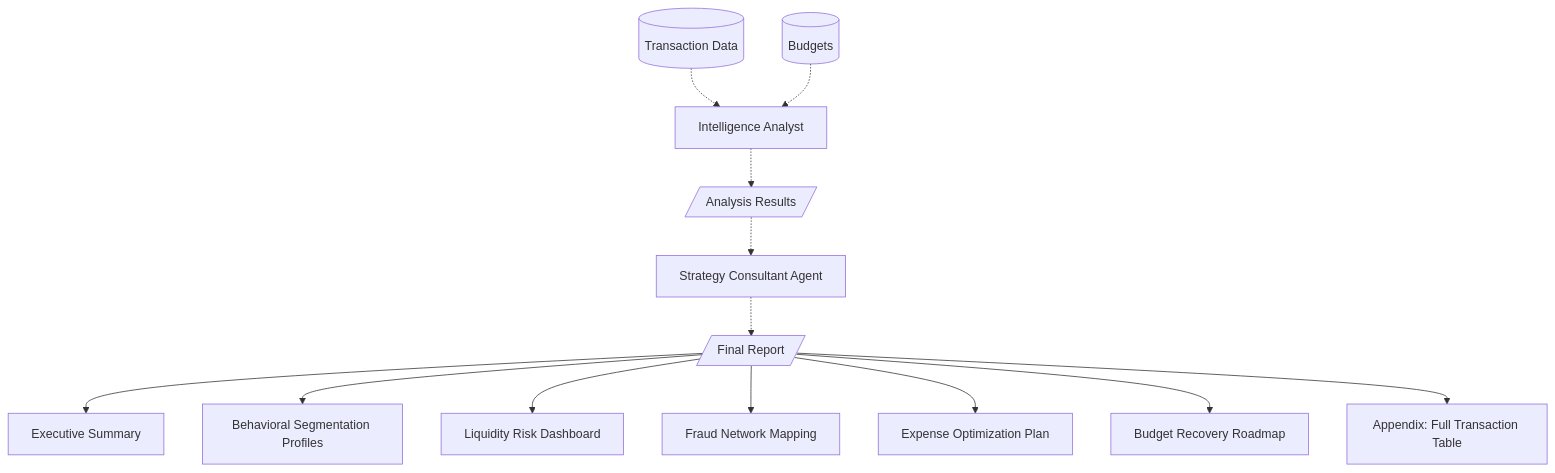
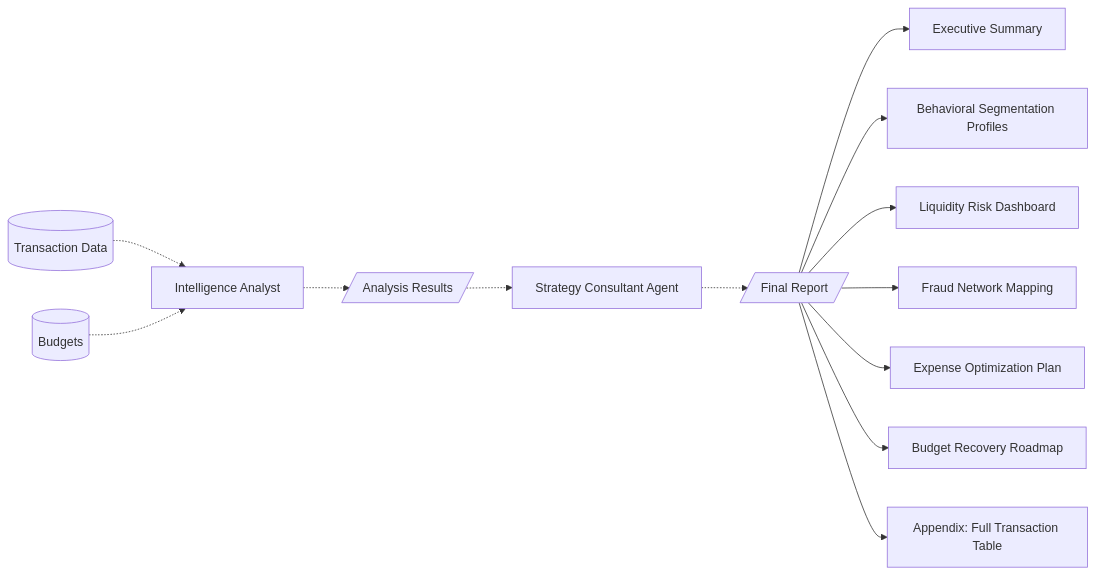
Before and after one commit to rakshita-vijay/finance-tracker: the diagram in trial.md, drawn with Mermaid.

````diff
--- a/trial.md
+++ b/trial.md
@@ -1,15 +1,15 @@
 ```mermaid
-flowchart TD
+flowchart LR
     Aa[(Transaction Data)] -.-> Ab[Intelligence Analyst]
     Ac[(Budgets)] -.-> Ab 
     Ab -.-> A[/Analysis Results/]
     A -.-> Ba[Strategy Consultant Agent]
     Ba -.-> B[/Final Report/] 
     B --> C[Executive Summary]
     B --> D[Behavioral Segmentation Profiles]
     B --> E[Liquidity Risk Dashboard]
     B --> F[Fraud Network Mapping]
     B --> G[Expense Optimization Plan]
     B --> H[Budget Recovery Roadmap]
     B --> I[Appendix: Full Transaction Table] 
 ``` 
````
